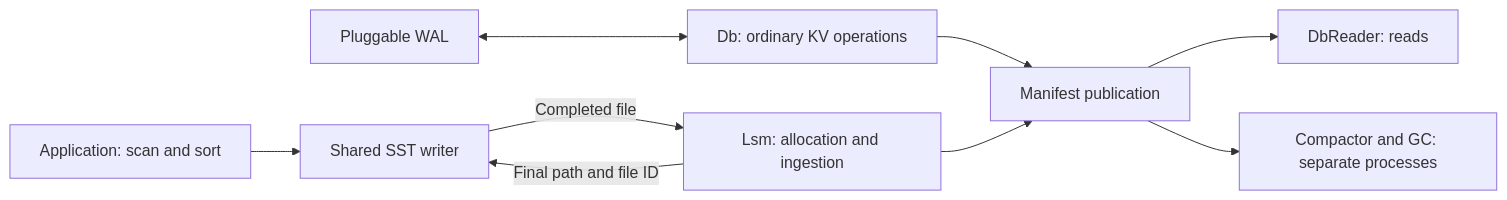
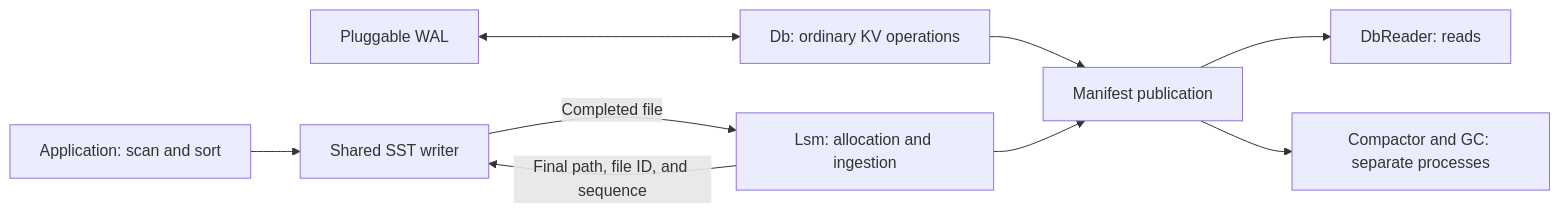
Before and after one commit to slatedb/slatedb: the diagram in rfcs/0035-sst-writer-and-ingestion.md, drawn with Mermaid. The commit also changed other lines of this file, not shown here.

````diff
--- a/rfcs/0035-sst-writer-and-ingestion.md
+++ b/rfcs/0035-sst-writer-and-ingestion.md
@@ -112,11 +110,11 @@
 ```mermaid
 flowchart LR
     W[Pluggable WAL] <--> D[Db: ordinary KV operations]
     P[Application: scan and sort] --> S[Shared SST writer]
-    L[Lsm: allocation and ingestion] -->|Final path and file ID| S
+    L[Lsm: allocation and ingestion] -->|Final path, file ID, and sequence| S
     S -->|Completed file| L
     D --> M[Manifest publication]
     L --> M
     M --> R[DbReader: reads]
     M --> C[Compactor and GC: separate processes]
 ```
````
